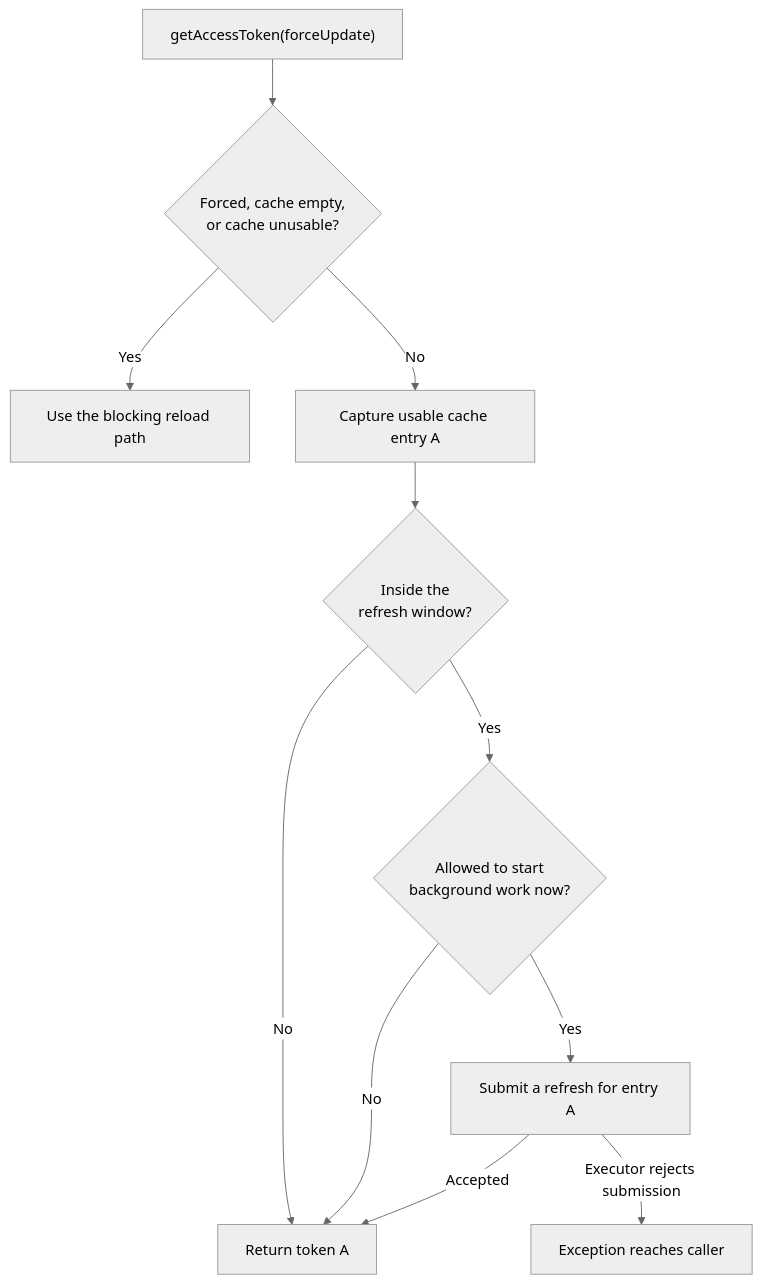
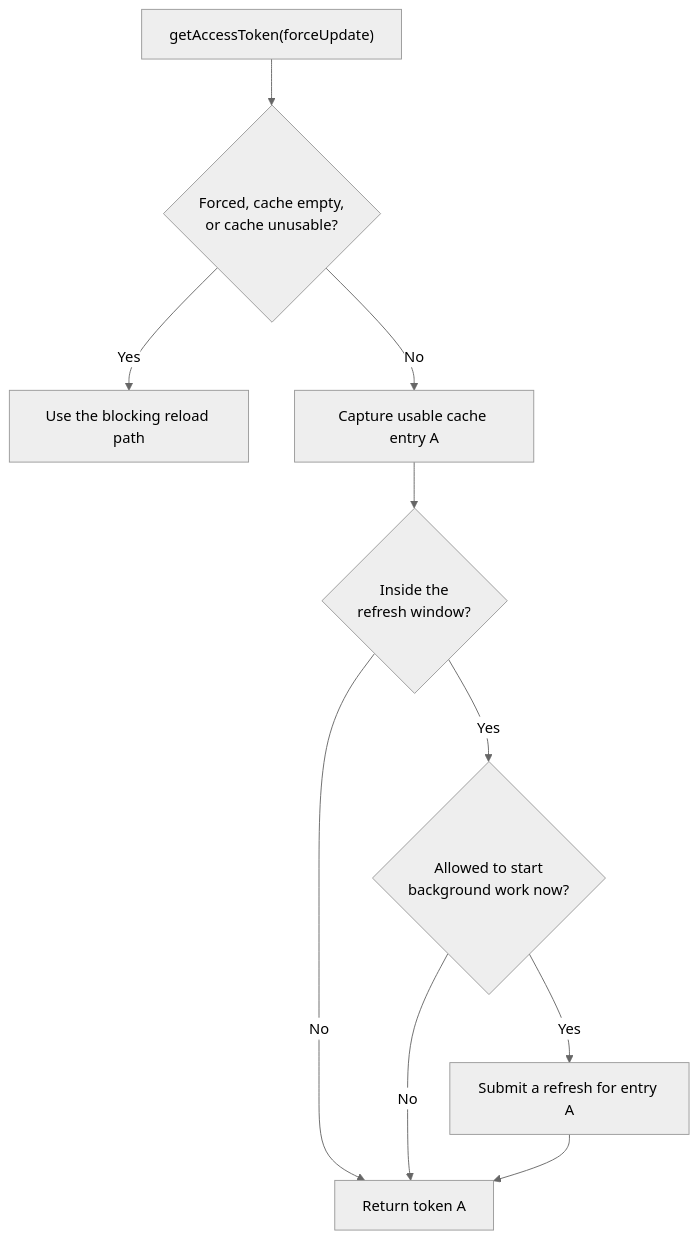
Before and after one commit to entur/jwt-resource-server: the second of 8 diagrams in jwt-client/docs/preemptive-refresh/README.md, drawn with Mermaid (neutral theme). The commit also changed other lines of this file and 1 other file, not shown here.

````diff
--- a/jwt-client/docs/preemptive-refresh/README.md
+++ b/jwt-client/docs/preemptive-refresh/README.md
@@ -58,13 +58,12 @@
 ```mermaid
 flowchart TD
     Call["getAccessToken(forceUpdate)"] --> Load{"Forced, cache empty,<br/>or cache unusable?"}
     Load -->|Yes| Blocking["Use the blocking reload path"]
     Load -->|No| Capture["Capture usable cache entry A"]
     Capture --> Window{"Inside the<br/>refresh window?"}
     Window -->|No| Return["Return token A"]
     Window -->|Yes| Eligible{"Allowed to start<br/>background work now?"}
     Eligible -->|No| Return
     Eligible -->|Yes| Submit["Submit a refresh for entry A"]
-    Submit -->|Accepted| Return
-    Submit -->|Executor rejects submission| Error["Exception reaches caller"]
+    Submit --> Return
 ```
````
